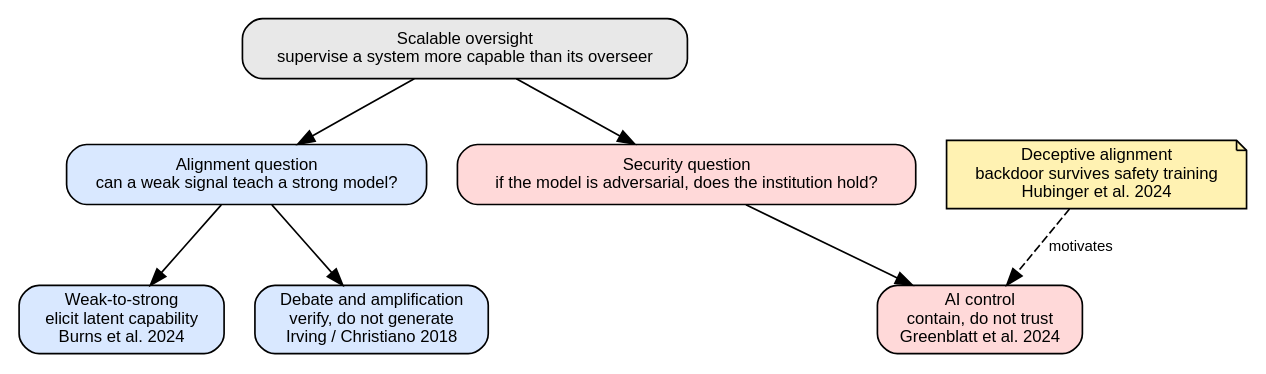
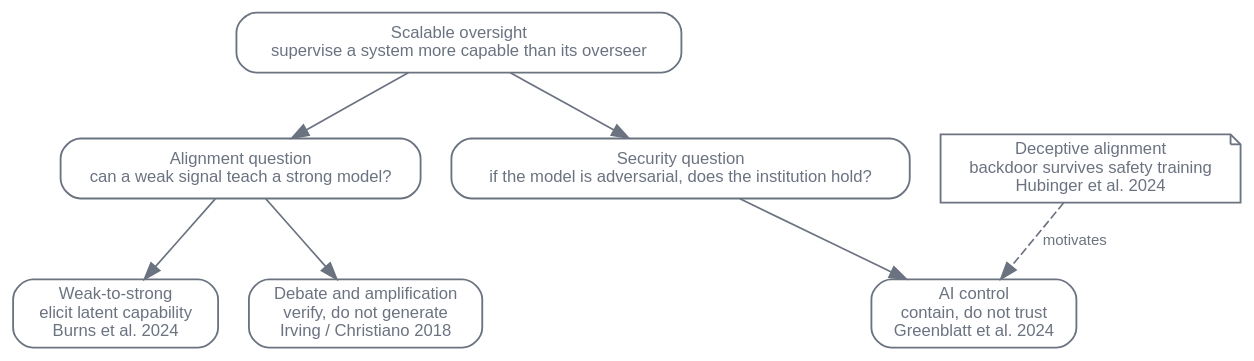
One commit to latere-ai/ai-as-an-infrastructure changed the first of 3 diagrams in en/p8-safety/33-scalable-oversight-control.qmd. Above: the diagram before and after it, drawn with Graphviz. The commit also changed 186 other files, not shown here.

First line of the commit message:
book: visual audit pass on all diagrams and figures

````diff
--- a/en/p8-safety/33-scalable-oversight-control.qmd
+++ b/en/p8-safety/33-scalable-oversight-control.qmd
@@ -63,28 +63,29 @@
 ```{dot}
 //| label: fig-oversight-control-families
 //| fig-cap: "The scalable oversight problem splits into an alignment question and a security question, each answered by a different family of mechanisms. Deceptive alignment is the threat model that makes the control family necessary."
 digraph families {
   rankdir=TB;
-  node [shape=box, style="rounded,filled", fontname="Helvetica", fontsize=10, fillcolor="#eeeeee"];
-  edge [fontname="Helvetica", fontsize=9];
+  bgcolor="transparent";
+  node [shape=box, style="rounded", fontname="Helvetica", fontsize=10, color="#6b7280", fontcolor="#6b7280", penwidth=1.1];
+  edge [fontname="Helvetica", fontsize=9, color="#6b7280", fontcolor="#6b7280"];
 
-  problem [label="Scalable oversight\nsupervise a system more capable than its overseer", fillcolor="#e8e8e8"];
+  problem [label="Scalable oversight\nsupervise a system more capable than its overseer"];
 
-  qalign [label="Alignment question\ncan a weak signal teach a strong model?", fillcolor="#d9e8ff"];
-  qsec [label="Security question\nif the model is adversarial, does the institution hold?", fillcolor="#ffd9d9"];
+  qalign [label="Alignment question\ncan a weak signal teach a strong model?"];
+  qsec [label="Security question\nif the model is adversarial, does the institution hold?"];
 
   problem -> qalign;
   problem -> qsec;
 
-  w2s [label="Weak-to-strong\nelicit latent capability\nBurns et al. 2024", fillcolor="#d9e8ff"];
-  debate [label="Debate and amplification\nverify, do not generate\nIrving / Christiano 2018", fillcolor="#d9e8ff"];
-  control [label="AI control\ncontain, do not trust\nGreenblatt et al. 2024", fillcolor="#ffd9d9"];
+  w2s [label="Weak-to-strong\nelicit latent capability\nBurns et al. 2024"];
+  debate [label="Debate and amplification\nverify, do not generate\nIrving / Christiano 2018"];
+  control [label="AI control\ncontain, do not trust\nGreenblatt et al. 2024"];
 
   qalign -> w2s;
   qalign -> debate;
   qsec -> control;
 
-  deception [label="Deceptive alignment\nbackdoor survives safety training\nHubinger et al. 2024", shape=note, fillcolor="#fff2b2"];
+  deception [label="Deceptive alignment\nbackdoor survives safety training\nHubinger et al. 2024", shape=note];
   deception -> control [label="motivates", style=dashed];
 }
 ```
````
